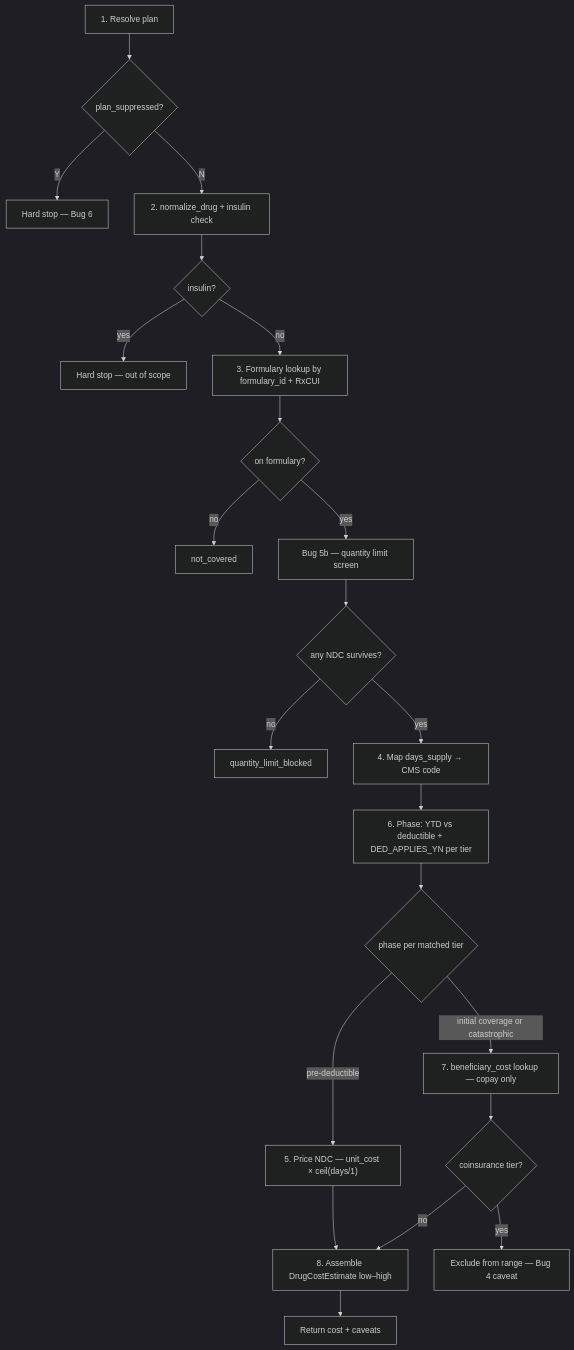
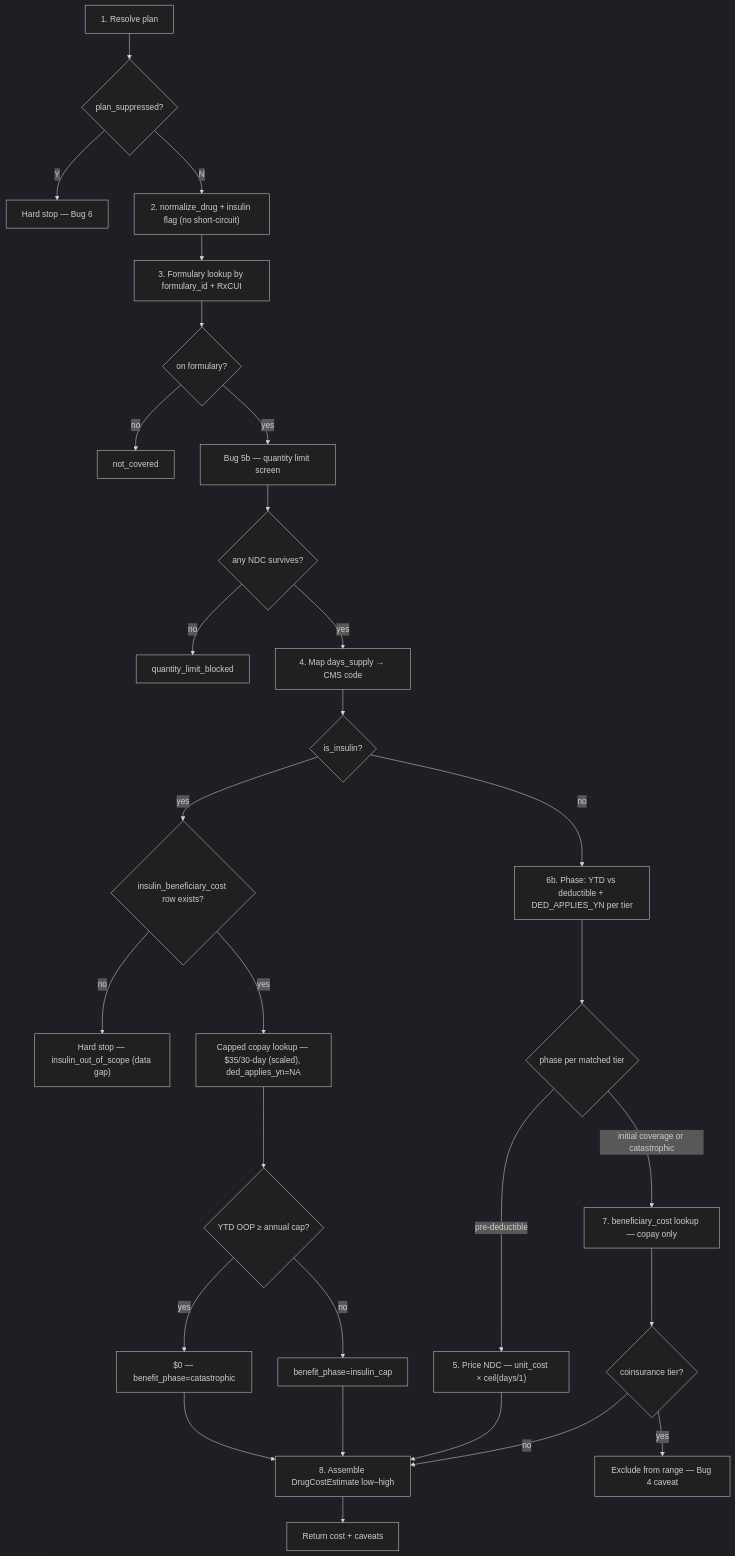
The fifth of 8 diagrams in docs/technical-notes.md (SreeCodes2021/Medicare-drug-cost-navigator), drawn with Mermaid (dark theme) before and after one commit. The commit also changed other lines of this file and 104 other files, not shown here.

First line of the commit message:
Add insulin cap billing, mixed baskets, mediator QA layer, and documentation

````diff
--- a/docs/technical-notes.md
+++ b/docs/technical-notes.md
@@ -282,24 +309,31 @@
 ```mermaid
 flowchart TD
     S1["1. Resolve plan"] --> S1a{plan_suppressed?}
     S1a -->|Y| STOP6["Hard stop — Bug 6"]
-    S1a -->|N| S2["2. normalize_drug + insulin check"]
-    S2 --> S2a{insulin?}
-    S2a -->|yes| STOPI["Hard stop — out of scope"]
-    S2a -->|no| S3["3. Formulary lookup by formulary_id + RxCUI"]
+    S1a -->|N| S2["2. normalize_drug + insulin flag (no short-circuit)"]
+    S2 --> S3["3. Formulary lookup by formulary_id + RxCUI"]
     S3 --> S3a{on formulary?}
     S3a -->|no| NC["not_covered"]
     S3a -->|yes| S3b["Bug 5b — quantity limit screen"]
     S3b --> S3c{any NDC survives?}
     S3c -->|no| QL["quantity_limit_blocked"]
     S3c -->|yes| S4["4. Map days_supply → CMS code"]
-    S4 --> S6["6. Phase: YTD vs deductible + DED_APPLIES_YN per tier"]
-    S6 --> S6a{phase per matched tier}
+    S4 --> S6{is_insulin?}
+    S6 -->|yes| SI1{insulin_beneficiary_cost row exists?}
+    SI1 -->|no| STOPI["Hard stop — insulin_out_of_scope (data gap)"]
+    SI1 -->|yes| SI2["Capped copay lookup — $35/30-day (scaled), ded_applies_yn=NA"]
+    SI2 --> SI3{YTD OOP ≥ annual cap?}
+    SI3 -->|yes| SI4["$0 — benefit_phase=catastrophic"]
+    SI3 -->|no| SI5["benefit_phase=insulin_cap"]
+    SI4 --> S8
+    SI5 --> S8
+    S6 -->|no| S6b["6b. Phase: YTD vs deductible + DED_APPLIES_YN per tier"]
+    S6b --> S6a{phase per matched tier}
     S6a -->|pre-deductible| S5["5. Price NDC — unit_cost × ceil(days/1)"]
     S6a -->|initial coverage or catastrophic| S7["7. beneficiary_cost lookup — copay only"]
     S5 --> S8["8. Assemble DrugCostEstimate low–high"]
     S7 --> S7a{coinsurance tier?}
     S7a -->|yes| BUG4["Exclude from range — Bug 4 caveat"]
     S7a -->|no| S8
     S8 --> OUT["Return cost + caveats"]
 ```
````
